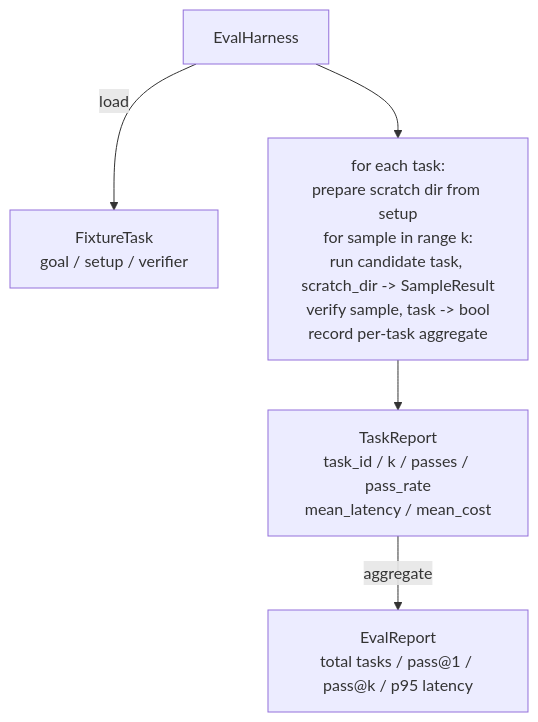
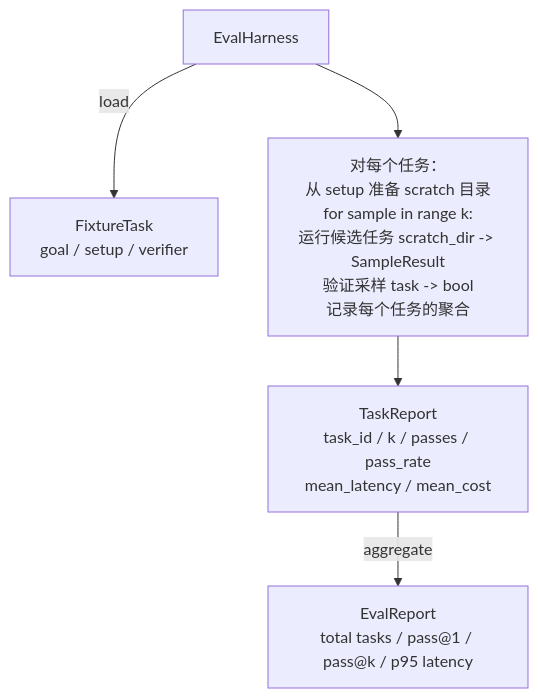
Before and after one commit to guangningsun/ailearning: the second of 2 diagrams in lessons/19-capstone-projects/27-eval-harness-fixture-tasks/docs/zh.md, drawn with Mermaid. The commit also changed other lines of this file and 85 other files, not shown here.

````diff
--- a/lessons/19-capstone-projects/27-eval-harness-fixture-tasks/docs/zh.md
+++ b/lessons/19-capstone-projects/27-eval-harness-fixture-tasks/docs/zh.md
@@ -54,7 +54,7 @@
 ```mermaid
 flowchart TD
   Harness[EvalHarness] -->|load| Task[FixtureTask<br/>goal / setup / verifier]
-  Harness --> Loop[for each task:<br/>prepare scratch dir from setup<br/>for sample in range k:<br/>run candidate task, scratch_dir -> SampleResult<br/>verify sample, task -> bool<br/>record per-task aggregate]
+  Harness --> Loop[对每个任务：<br/>从 setup 准备 scratch 目录<br/>for sample in range k:<br/>运行候选任务 scratch_dir -> SampleResult<br/>验证采样 task -> bool<br/>记录每个任务的聚合]
   Loop --> TaskReport[TaskReport<br/>task_id / k / passes / pass_rate<br/>mean_latency / mean_cost]
   TaskReport -->|aggregate| EvalReport[EvalReport<br/>total tasks / pass@1 / pass@k / p95 latency]
 ```
````
